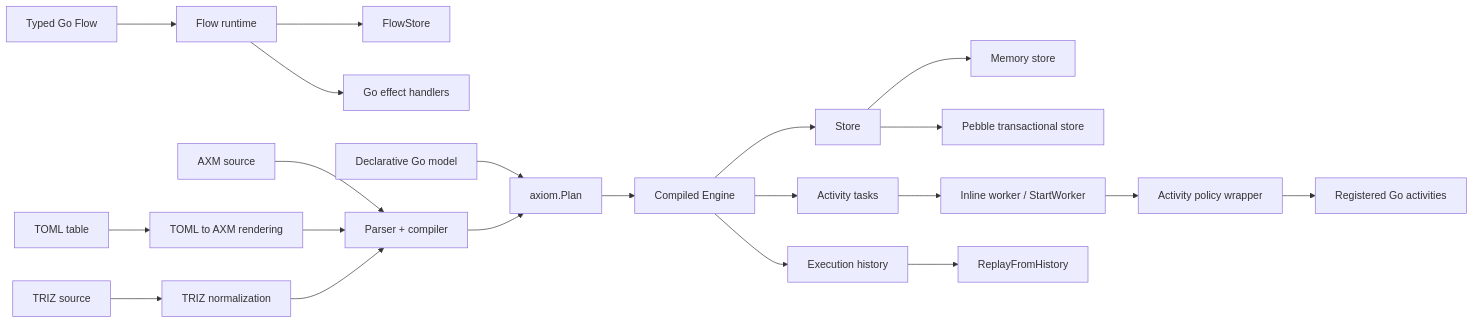
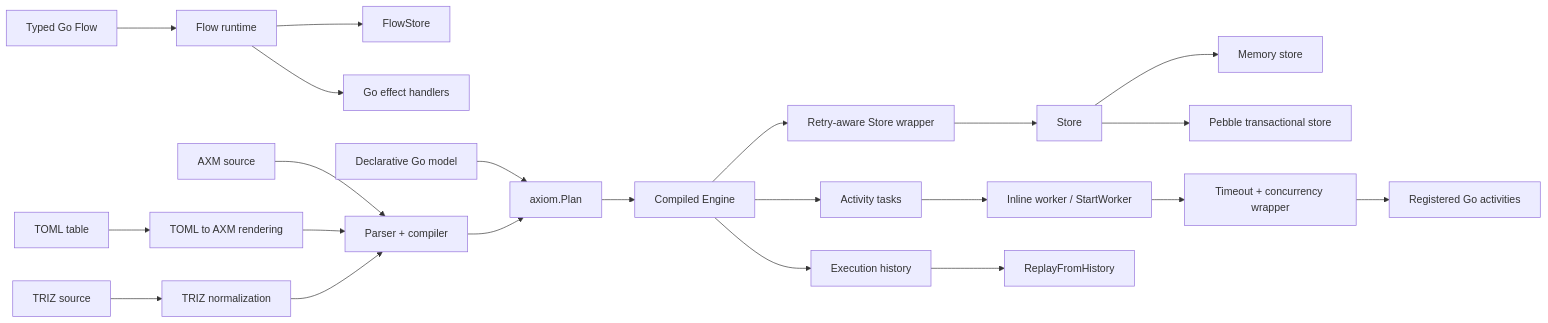
The first of 4 diagrams in ARCHITECTURE.md (Homiakus/axiom), drawn with Mermaid before and after one commit. The commit also changed other lines of this file, not shown here.

Commit message:
docs(architecture): describe persisted retry lifecycle

````diff
--- a/ARCHITECTURE.md
+++ b/ARCHITECTURE.md
@@ -11,25 +11,26 @@
 ```mermaid
 flowchart LR
     Flow[Typed Go Flow] --> FlowRuntime[Flow runtime]
     FlowRuntime --> FlowStore[FlowStore]
     FlowRuntime --> Effects[Go effect handlers]
 
     GoModel[Declarative Go model] --> Plan[axiom.Plan]
     AXM[AXM source] --> Compiler[Parser + compiler]
     TOML[TOML table] --> AXMRender[TOML to AXM rendering]
     TRIZ[TRIZ source] --> Normalize[TRIZ normalization]
     AXMRender --> Compiler
     Normalize --> Compiler
     Compiler --> Plan
 
     Plan --> Engine[Compiled Engine]
-    Engine --> Store[Store]
+    Engine --> RetryStore[Retry-aware Store wrapper]
+    RetryStore --> Store[Store]
     Store --> Memory[Memory store]
     Store --> Pebble[Pebble transactional store]
     Engine --> Tasks[Activity tasks]
     Tasks --> Worker[Inline worker / StartWorker]
-    Worker --> Policy[Activity policy wrapper]
+    Worker --> Policy[Timeout + concurrency wrapper]
     Policy --> Activities[Registered Go activities]
     Engine --> History[Execution history]
     History --> Replay[ReplayFromHistory]
 ```
````
